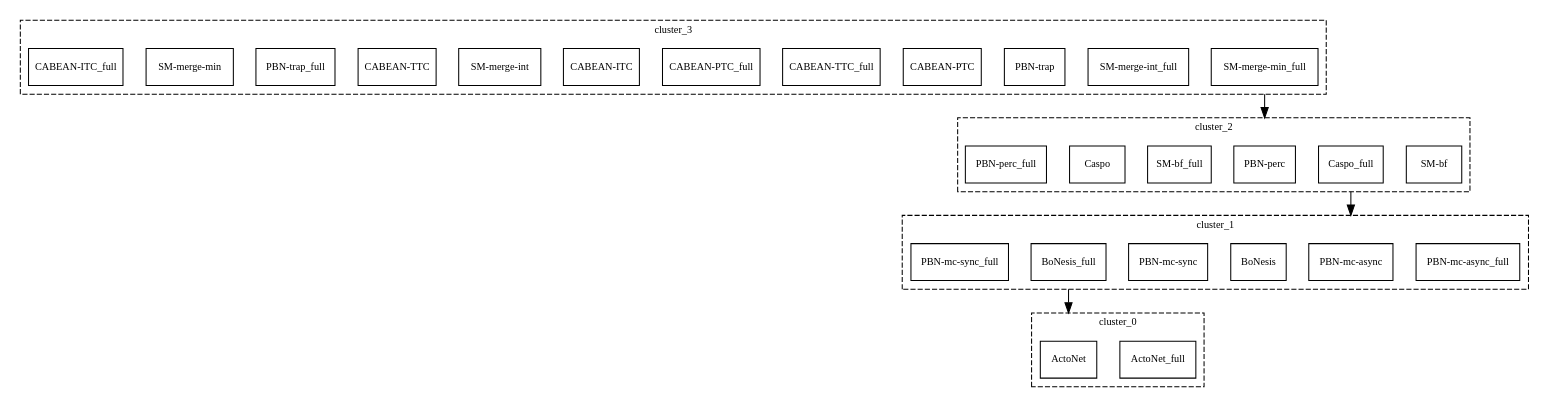
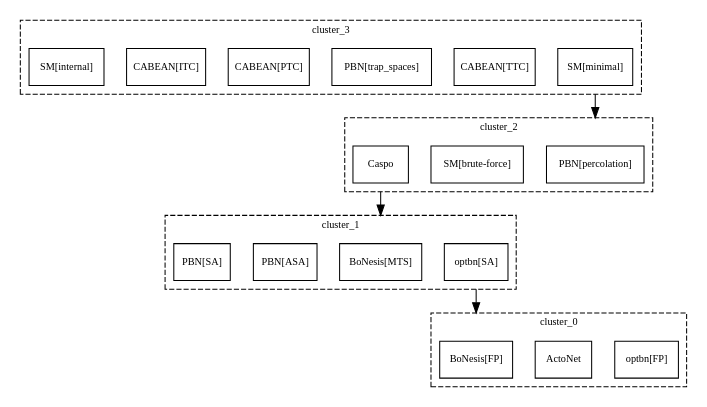
The diagram in experiments/results/counterexamples/ce_long_attr/_graph_tred.dot (kalebmoon07/BN-control-taxonomy), drawn with Graphviz before and after one commit. The commit also changed 195 other files, not shown here.

```diff
--- a/experiments/results/counterexamples/ce_long_attr/_graph_tred.dot
+++ b/experiments/results/counterexamples/ce_long_attr/_graph_tred.dot
@@ -1,54 +1,44 @@
 strict digraph G {
 graph [fontsize=10, fontname=Verdana, compound=true];
 node [shape=record, fontsize=10, fontname=Verdana];
 graph [nodesep=0.3, ranksep=0.8];
 subgraph cluster_0 {
 label="cluster_0";
 graph [style=dashed, color=black];
-ActoNet_full;
+"optbn[FP]";
 ActoNet;
+"BoNesis[FP]";
 }
 
 subgraph cluster_1 {
 label="cluster_1";
 graph [style=dashed, color=black];
-"PBN-mc-async_full";
-"PBN-mc-async";
-BoNesis;
-"PBN-mc-sync";
-BoNesis_full;
-"PBN-mc-sync_full";
+"optbn[SA]";
+"BoNesis[MTS]";
+"PBN[ASA]";
+"PBN[SA]";
 }
 
 subgraph cluster_2 {
 label="cluster_2";
 graph [style=dashed, color=black];
-"SM-bf";
-Caspo_full;
-"PBN-perc";
-"SM-bf_full";
+"PBN[percolation]";
+"SM[brute-force]";
 Caspo;
-"PBN-perc_full";
 }
 
 subgraph cluster_3 {
 label="cluster_3";
 graph [style=dashed, color=black];
-"SM-merge-min_full";
-"SM-merge-int_full";
-"PBN-trap";
-"CABEAN-PTC";
-"CABEAN-TTC_full";
-"CABEAN-PTC_full";
-"CABEAN-ITC";
-"SM-merge-int";
-"CABEAN-TTC";
-"PBN-trap_full";
-"SM-merge-min";
-"CABEAN-ITC_full";
+"SM[minimal]";
+"CABEAN[TTC]";
+"PBN[trap_spaces]";
+"CABEAN[PTC]";
+"CABEAN[ITC]";
+"SM[internal]";
 }
 
-"SM-merge-min_full" -> "PBN-perc" [ltail="cluster_3", lhead="cluster_2"];
-BoNesis_full -> ActoNet [ltail="cluster_1", lhead="cluster_0"];
-Caspo_full -> "PBN-mc-async" [ltail="cluster_2", lhead="cluster_1"];
+"SM[minimal]" -> "PBN[percolation]" [ltail="cluster_3", lhead="cluster_2"];
+"optbn[SA]" -> "BoNesis[FP]" [ltail="cluster_1", lhead="cluster_0"];
+Caspo -> "BoNesis[MTS]" [ltail="cluster_2", lhead="cluster_1"];
 }
```
